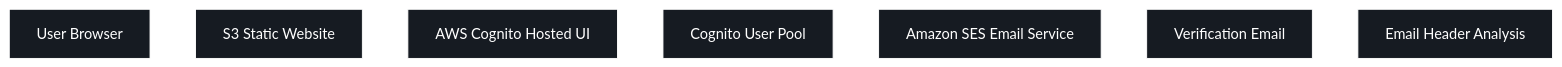
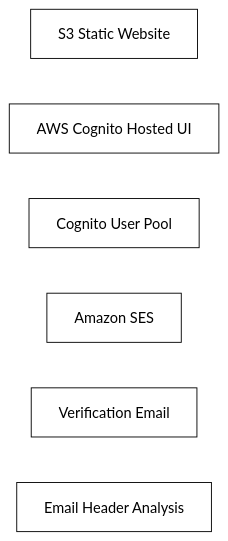
The second of 2 diagrams in Cloud_Security/Enumerating Cognito/solution.md (ashrithpeechara/infinity_learning), drawn with Mermaid before and after one commit. The commit also changed other lines of this file and 1 other file, not shown here.

Commit message:
Enumerating Cognito

````diff
--- a/Cloud_Security/Enumerating Cognito/solution.md
+++ b/Cloud_Security/Enumerating Cognito/solution.md
@@ -42,37 +193,32 @@
 ```mermaid
-%%{init: {
-  "theme": "base",
-  "themeVariables": {
-    "primaryColor": "#ffffff",
-    "primaryTextColor": "#ff0000",
-    "primaryBorderColor": "#ffffff",
-    "lineColor": "#ffffff",
-    "background": "#ffffff",
-    "secondaryColor": "#ffffff",
-    "tertiaryColor": "#ffffff"
-  }
-}}%%
+%%{init: {'theme':'base','themeVariables':{
+'primaryColor':'#ffffff',
+'primaryTextColor':'#fc0101',
+'primaryBorderColor':'#ffffff',
+'lineColor':'#ffffff',
+'secondaryColor':'#ffffff',
+'tertiaryColor':'#ffffff',
+'background':'#ffffff'
+}}}%%
 
-flowchart LR
+flowchart TD
 
-A[User Browser]
---> B[S3 Static Website]
+A[S3 Static Website]
 
-B --> C[AWS Cognito Hosted UI]
+A --> B[AWS Cognito Hosted UI]
 
-C --> D[Cognito User Pool]
+B --> C[Cognito User Pool]
 
-D --> E[Amazon SES Email Service]
+C --> D[Amazon SES]
 
-E --> F[Verification Email]
+D --> E[Verification Email]
 
-F --> G[Email Header Analysis]
+E --> F[Email Header Analysis]
 
-style A fill:#161b22,color:#ffffff
-style B fill:#161b22,color:#ffffff
-style C fill:#161b22,color:#ffffff
-style D fill:#161b22,color:#ffffff
-style E fill:#161b22,color:#ffffff
-style F fill:#161b22,color:#ffffff
-style G fill:#161b22,color:#ffffff
+style A fill:#ffffff,stroke:#000000,color:#000000
+style B fill:#ffffff,stroke:#000000,color:#000000
+style C fill:#ffffff,stroke:#000000,color:#000000
+style D fill:#ffffff,stroke:#000000,color:#000000
+style E fill:#ffffff,stroke:#000000,color:#000000
+style F fill:#ffffff,stroke:#000000,color:#000000
 ```
````
